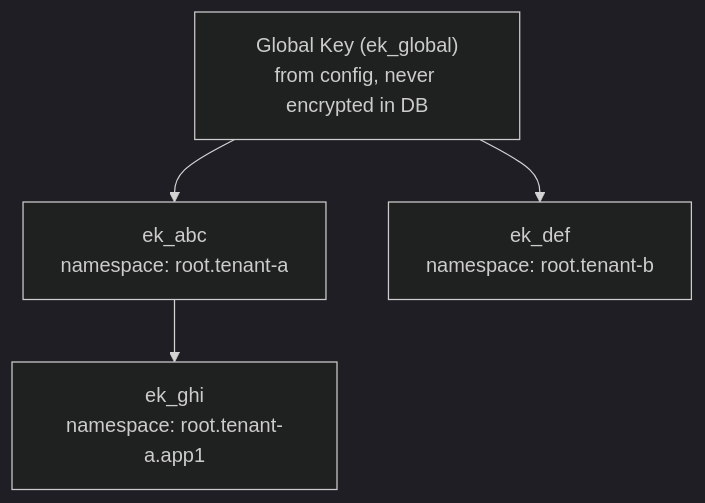
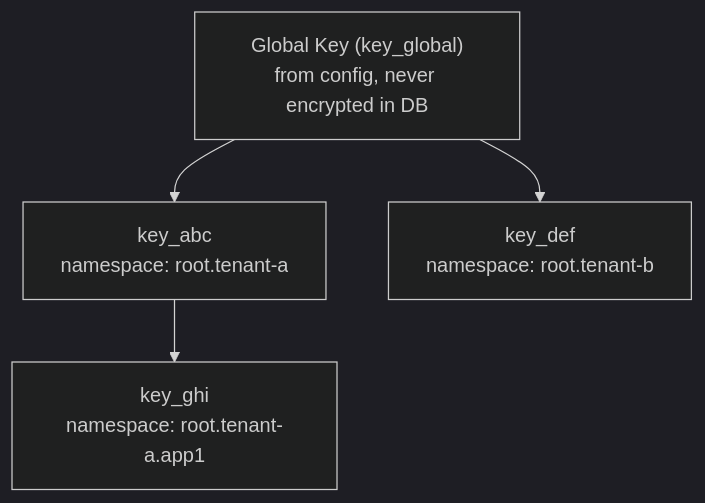
Before and after one commit to rmorlok/authproxy: the second of 3 diagrams in internal/encrypt/README.md, drawn with Mermaid (dark theme). The commit also changed other lines of this file and 25 other files, not shown here.

````diff
--- a/internal/encrypt/README.md
+++ b/internal/encrypt/README.md
@@ -49,11 +49,11 @@
 ```mermaid
 graph TD
-    GLOBAL["Global Key (ek_global)<br/>from config, never encrypted in DB"]
-    EK1["ek_abc<br/>namespace: root.tenant-a"]
-    EK2["ek_def<br/>namespace: root.tenant-b"]
-    EK3["ek_ghi<br/>namespace: root.tenant-a.app1"]
+    GLOBAL["Global Key (key_global)<br/>from config, never encrypted in DB"]
+    EK1["key_abc<br/>namespace: root.tenant-a"]
+    EK2["key_def<br/>namespace: root.tenant-b"]
+    EK3["key_ghi<br/>namespace: root.tenant-a.app1"]
 
     GLOBAL --> EK1
     GLOBAL --> EK2
     EK1 --> EK3
 ```
````
